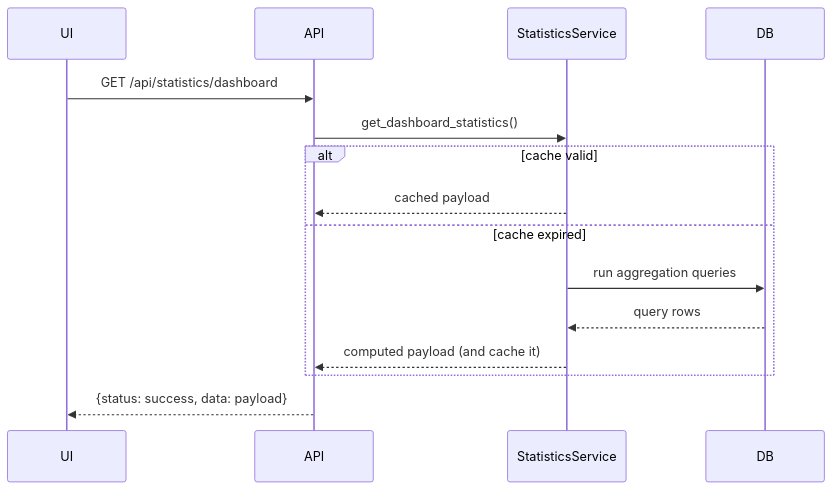
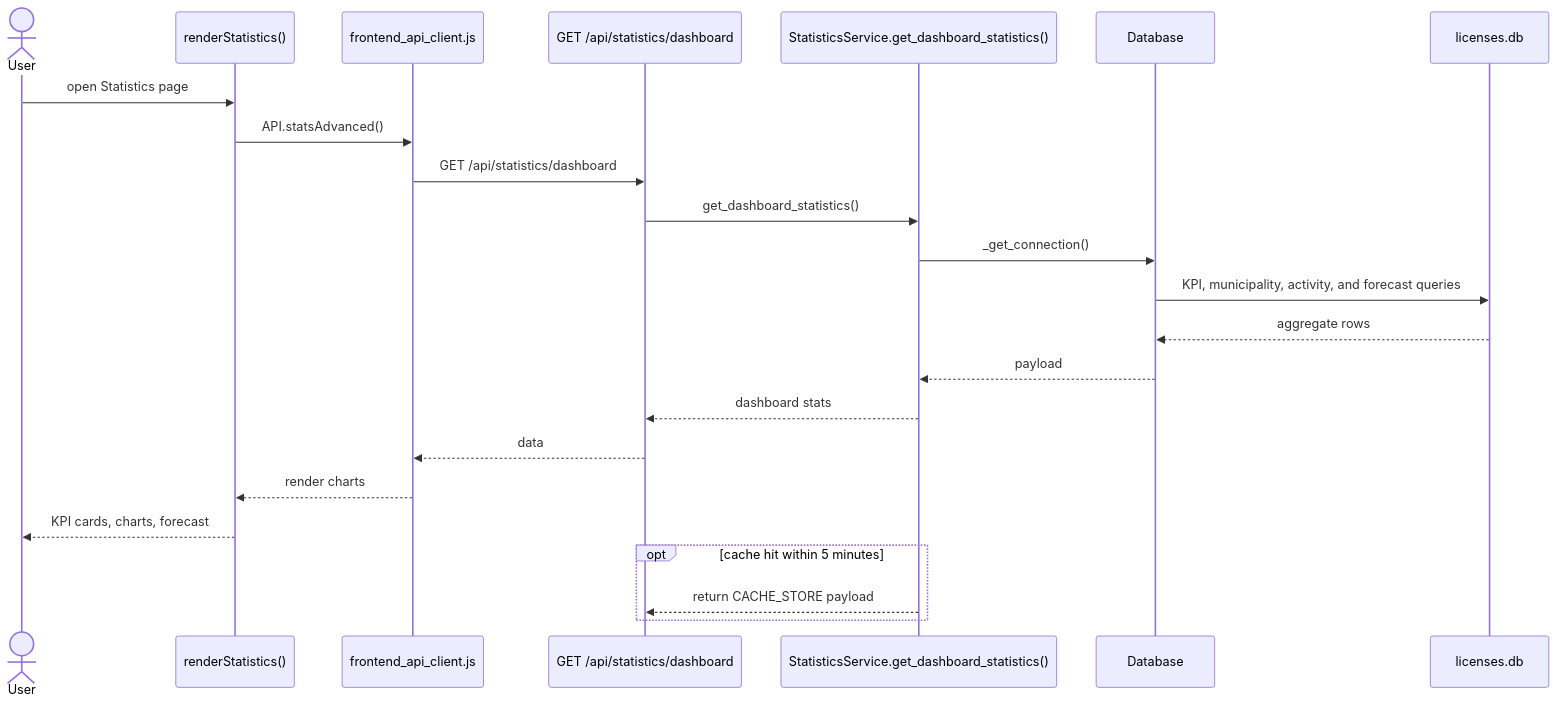
One commit to raouf-bendahmouche/hazmate changed the diagram in docs/diagrams/sequence_statistics.mmd. Above: the diagram before and after it, drawn with Mermaid. The commit also changed 38 other files, not shown here.

Commit message:
login and diagrammes

```diff
--- a/docs/diagrams/sequence_statistics.mmd
+++ b/docs/diagrams/sequence_statistics.mmd
@@ -1,15 +1,25 @@
 sequenceDiagram
-    participant UI
-    participant API
-    participant Stats as StatisticsService
-    participant DB
-    UI->>API: GET /api/statistics/dashboard
-    API->>Stats: get_dashboard_statistics()
-    alt cache valid
-        Stats-->>API: cached payload
-    else cache expired
-        Stats->>DB: run aggregation queries
-        DB-->>Stats: query rows
-        Stats-->>API: computed payload (and cache it)
+    actor User
+    participant UI as renderStatistics()
+    participant Client as frontend_api_client.js
+    participant API as GET /api/statistics/dashboard
+    participant Service as StatisticsService.get_dashboard_statistics()
+    participant DB as Database
+    participant SQLite as licenses.db
+
+    User->>UI: open Statistics page
+    UI->>Client: API.statsAdvanced()
+    Client->>API: GET /api/statistics/dashboard
+    API->>Service: get_dashboard_statistics()
+    Service->>DB: _get_connection()
+    DB->>SQLite: KPI, municipality, activity, and forecast queries
+    SQLite-->>DB: aggregate rows
+    DB-->>Service: payload
+    Service-->>API: dashboard stats
+    API-->>Client: data
+    Client-->>UI: render charts
+    UI-->>User: KPI cards, charts, forecast
+
+    opt cache hit within 5 minutes
+        Service-->>API: return CACHE_STORE payload
     end
-    API-->>UI: {status: success, data: payload}
```
